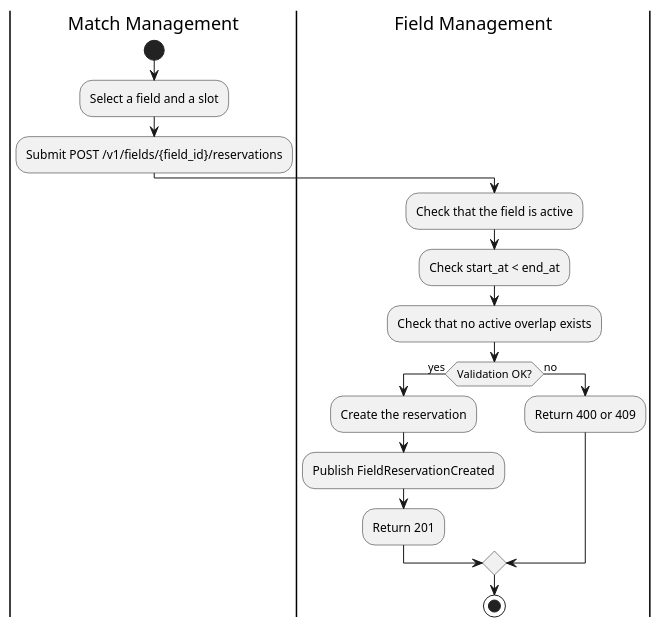
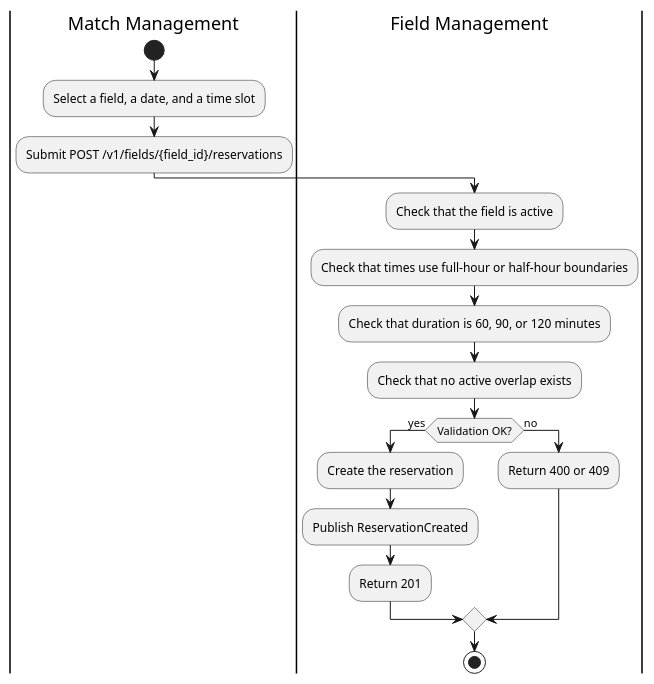
One commit to EFREI-BDX/tp-five-5 changed the diagram in repo-root/groups/group-01-manage-field/scenario-reserve-field.activity.puml. Above: the diagram before and after it, drawn with PlantUML. The commit also changed 21 other files, not shown here.

```diff
--- a/repo-root/groups/group-01-manage-field/scenario-reserve-field.activity.puml
+++ b/repo-root/groups/group-01-manage-field/scenario-reserve-field.activity.puml
@@ -1,18 +1,19 @@
 @startuml
 |Match Management|
 start
-:Select a field and a slot;
+:Select a field, a date, and a time slot;
 :Submit POST /v1/fields/{field_id}/reservations;
 |Field Management|
 :Check that the field is active;
-:Check start_at < end_at;
+:Check that times use full-hour or half-hour boundaries;
+:Check that duration is 60, 90, or 120 minutes;
 :Check that no active overlap exists;
 if (Validation OK?) then (yes)
   :Create the reservation;
-  :Publish FieldReservationCreated;
+  :Publish ReservationCreated;
   :Return 201;
 else (no)
   :Return 400 or 409;
 endif
 stop
 @enduml
```
